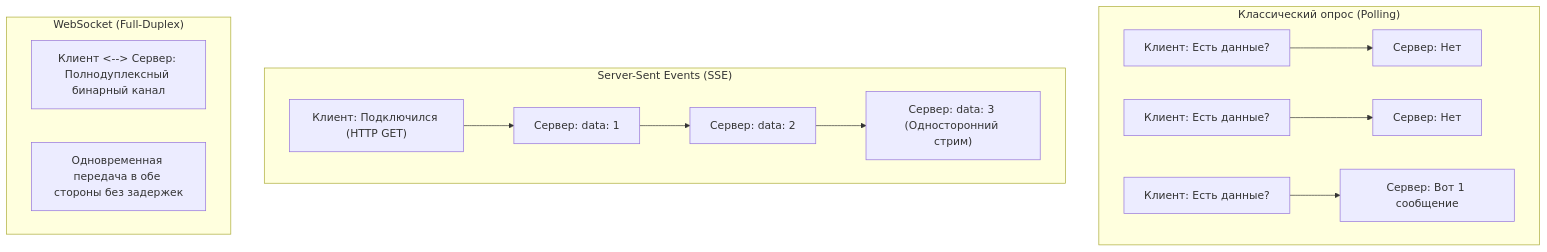
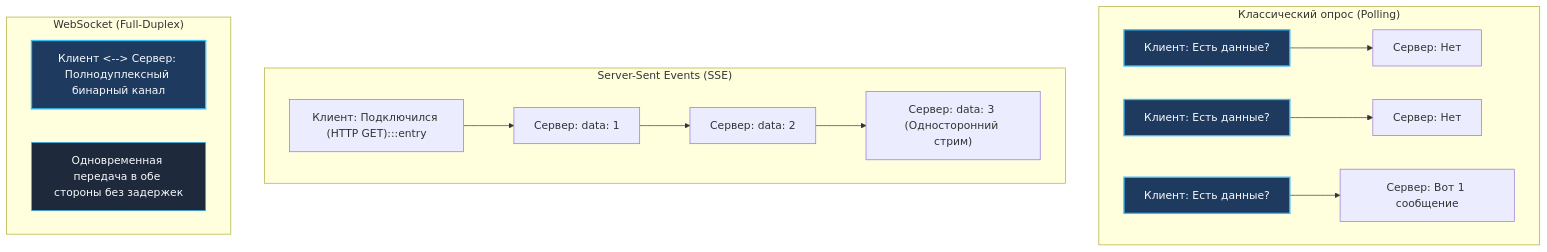
Before and after one commit to UnrealTemplier/go-textbook: the first of 4 diagrams in sources/3. Компьютерные сети и сетевой стек/25. WebSocket, SSE и долгоживущие соединения.md, drawn with Mermaid. The commit also changed other lines of this file and 1666 other files, not shown here.

First line of the commit message:
feat(mermaid): add semantic color classDef to 1369 colorless flowchart/graph diagrams

````diff
--- a/sources/3. Компьютерные сети и сетевой стек/25. WebSocket, SSE и долгоживущие соединения.md
+++ b/sources/3. Компьютерные сети и сетевой стек/25. WebSocket, SSE и долгоживущие соединения.md
@@ -11,19 +11,29 @@
 ```mermaid
 flowchart TD
+    classDef process  fill:#1e293b,stroke:#38bdf8,stroke-width:1px,color:#f8fafc
+    classDef success  fill:#064e3b,stroke:#34d399,stroke-width:1px,color:#f8fafc
+    classDef error    fill:#7f1d1d,stroke:#f87171,stroke-width:1px,color:#f8fafc
+    classDef warning  fill:#78350f,stroke:#fbbf24,stroke-width:1px,color:#f8fafc
+    classDef entry    fill:#1e3a5f,stroke:#38bdf8,stroke-width:2px,color:#f8fafc
+    classDef aux      fill:#334155,stroke:#64748b,stroke-width:1px,color:#f8fafc
+    classDef system   fill:#312e81,stroke:#a78bfa,stroke-width:1px,color:#f8fafc
+    classDef data     fill:#132d29,stroke:#2dd4bf,stroke-width:1px,color:#f8fafc
+    classDef network  fill:#881337,stroke:#fb7185,stroke-width:1px,color:#f8fafc
+    classDef accent   fill:#1e1b4b,stroke:#818cf8,stroke-width:1px,color:#f8fafc
     subgraph Polling ["Классический опрос (Polling)"]
-        P1["Клиент: Есть данные?"] --> P2["Сервер: Нет"]
-        P3["Клиент: Есть данные?"] --> P4["Сервер: Нет"]
-        P5["Клиент: Есть данные?"] --> P6["Сервер: Вот 1 сообщение"]
+        P1["Клиент: Есть данные?"]:::entry --> P2["Сервер: Нет"]
+        P3["Клиент: Есть данные?"]:::entry --> P4["Сервер: Нет"]
+        P5["Клиент: Есть данные?"]:::entry --> P6["Сервер: Вот 1 сообщение"]
     end
 
     subgraph SSEStream ["Server-Sent Events (SSE)"]
-        S1["Клиент: Подключился (HTTP GET)"] --> S2["Сервер: data: 1"]
+        S1["Клиент: Подключился (HTTP GET):::entry"] --> S2["Сервер: data: 1"]
         S2 --> S3["Сервер: data: 2"]
         S3 --> S4["Сервер: data: 3 (Односторонний стрим)"]
     end
 
     subgraph WSDuplex ["WebSocket (Full-Duplex)"]
-        W1["Клиент <--> Сервер: Полнодуплексный бинарный канал"]
-        W2["Одновременная передача в обе стороны без задержек"]
+        W1["Клиент <--> Сервер: Полнодуплексный бинарный канал"]:::entry
+        W2["Одновременная передача в обе стороны без задержек"]:::process
     end
 ```
````
